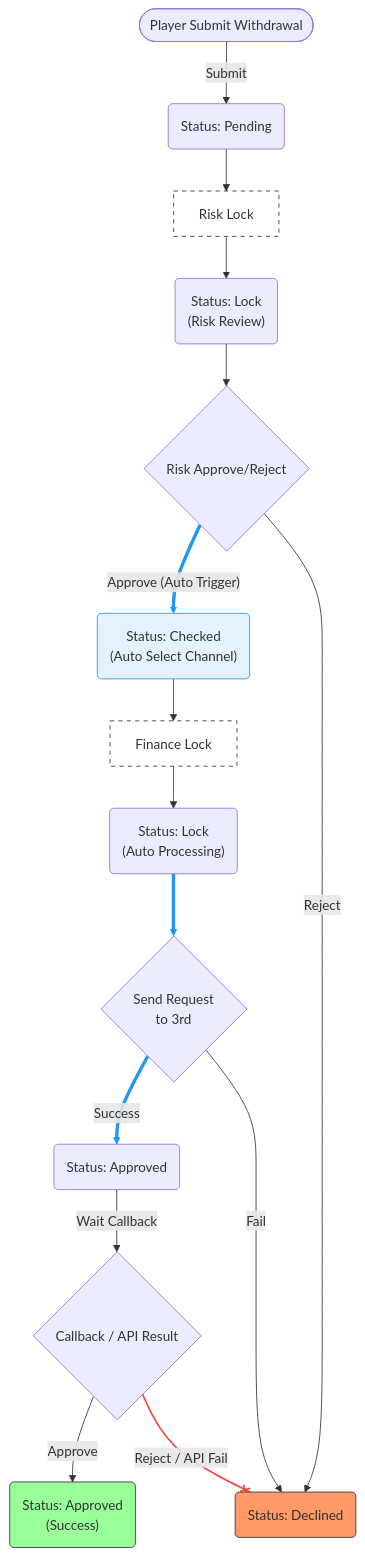
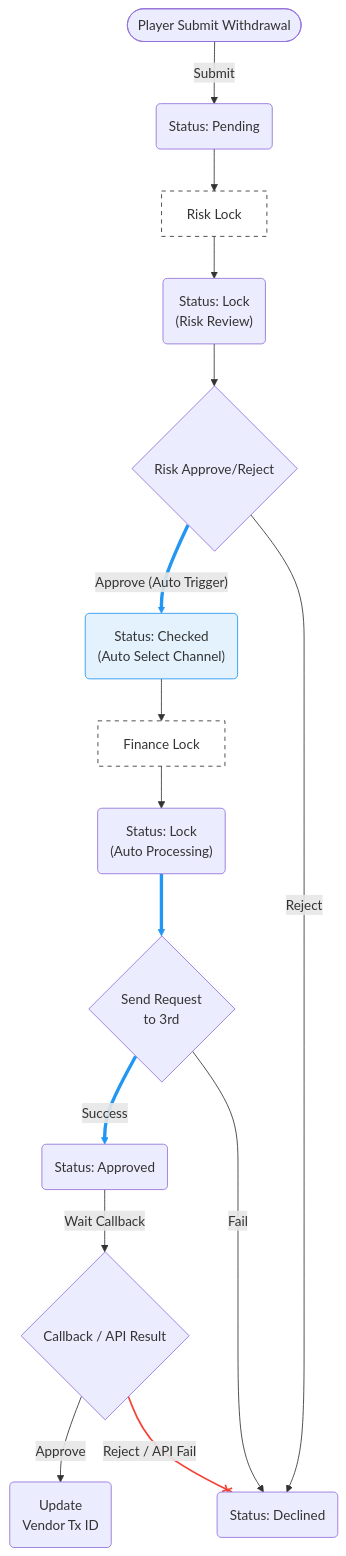
The second of 2 diagrams in no99_archive/sitflowchart.md (almightyken0425/SuSuGiGiSpec), drawn with Mermaid before and after one commit.

````diff
--- a/no99_archive/sitflowchart.md
+++ b/no99_archive/sitflowchart.md
@@ -91,78 +91,76 @@
 ```mermaid
 graph TD
     %% 節點定義
     StartAuto(["Player Submit Withdrawal"])
     PendingAuto("Status: Pending")
     
     RiskLockActionBoxAuto["Risk Lock"]
     RiskLockAuto("Status: Lock<br/>(Risk Review)")
     
     RiskActionAuto{"Risk Approve/Reject"}
     ApproveAuto("Status: Checked<br/>(Auto Select Channel)")
     
     FinanceLockActionBoxAuto["Finance Lock"]
     FinanceLockAuto("Status: Lock<br/>(Auto Processing)")
     
     RequestActionAuto{"Send Request<br/>to 3rd"}
     FinanceApprovedAuto("Status: Approved")
 
     DeclineAuto("Status: Declined")
-    SuccessAuto("Status: Approved<br/>(Success)")
+    SuccessAuto("Update<br>Vendor Tx ID")
     CallbackAuto{"Callback / API Result"}
 
     StartAuto -->|"Submit"| PendingAuto
     
     PendingAuto --> RiskLockActionBoxAuto
     RiskLockActionBoxAuto --> RiskLockAuto
     
     RiskLockAuto --> RiskActionAuto
     
     %% 高亮自動化路徑
     RiskActionAuto ==>|"Approve (Auto Trigger)"| ApproveAuto
     
     ApproveAuto --> FinanceLockActionBoxAuto
     FinanceLockActionBoxAuto --> FinanceLockAuto
     
     FinanceLockAuto ==> RequestActionAuto
     
     RequestActionAuto ==>|"Success"| FinanceApprovedAuto
     RequestActionAuto -->|"Fail"| DeclineAuto
     
     FinanceApprovedAuto -->|"Wait Callback"| CallbackAuto
 
     CallbackAuto -->|"Approve"| SuccessAuto
     
     %% 高亮報廢路徑
     CallbackAuto --x|"Reject / API Fail"| DeclineAuto
 
     %% 補回 Risk 拒絕路徑 (若遺失)
     RiskActionAuto -->|"Reject"| DeclineAuto
 
     %% 樣式與連結美化
     %% linkStyle 索引 (基於連接線出現順序):
     %% 0: StartAuto -> PendingAuto
     %% 1: PendingAuto -> RiskLockActionBoxAuto
     %% 2: RiskLockActionBoxAuto -> RiskLockAuto
     %% 3: RiskLockAuto -> RiskActionAuto
     %% 4: RiskActionAuto ==> ApproveAuto
     %% 5: ApproveAuto --> FinanceLockActionBoxAuto
     %% 6: FinanceLockActionBoxAuto --> FinanceLockAuto
     %% 7: FinanceLockAuto ==> RequestActionAuto
     %% 8: RequestActionAuto ==> FinanceApprovedAuto
     %% 9: RequestActionAuto --> DeclineAuto
     %% 10: FinanceApprovedAuto --> CallbackAuto
     %% 11: CallbackAuto --> SuccessAuto
     %% 12: CallbackAuto --x DeclineAuto
     %% 13: RiskActionAuto --> DeclineAuto (New)
 
     linkStyle 4 stroke:#2196f3,stroke-width:4px;
     linkStyle 7 stroke:#2196f3,stroke-width:4px;
     linkStyle 8 stroke:#2196f3,stroke-width:4px;
     linkStyle 12 stroke:#f44336,stroke-width:2px;
 
-    style DeclineAuto fill:#f96,stroke:#333
-    style SuccessAuto fill:#9f9,stroke:#333
     style ApproveAuto fill:#e3f2fd,stroke:#2196f3
     style RiskLockActionBoxAuto fill:#fff,stroke:#333,stroke-dasharray: 5 5
     style FinanceLockActionBoxAuto fill:#fff,stroke:#333,stroke-dasharray: 5 5
 ```
````
